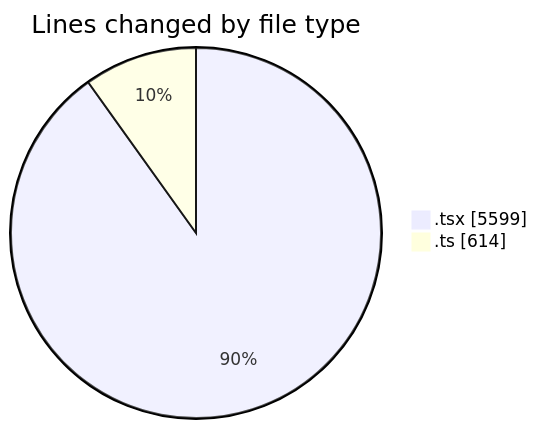
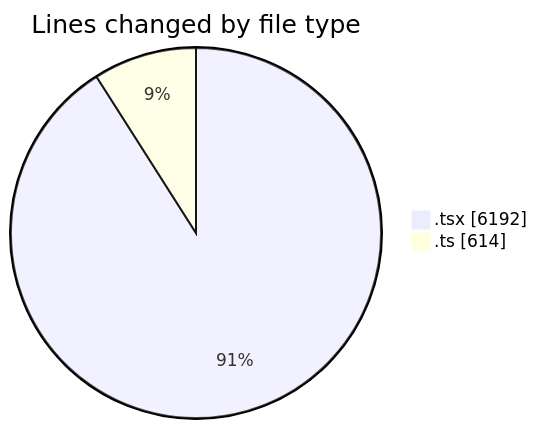
The first of 2 diagrams in 2026-05-18/nxtqube_webapp/README.md (nxtqubesakshisongat/code-tracking), drawn with Mermaid before and after one commit. The commit also changed other lines of this file and 1 other file, not shown here.

````diff
--- a/2026-05-18/nxtqube_webapp/README.md
+++ b/2026-05-18/nxtqube_webapp/README.md
@@ -27,6 +28,6 @@
 ```mermaid
 pie showData
 title Lines changed by file type
-".tsx" : 5599
+".tsx" : 6192
 ".ts" : 614
 ```
````
